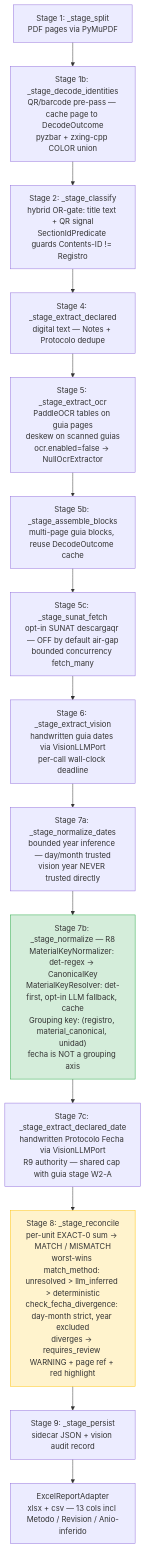
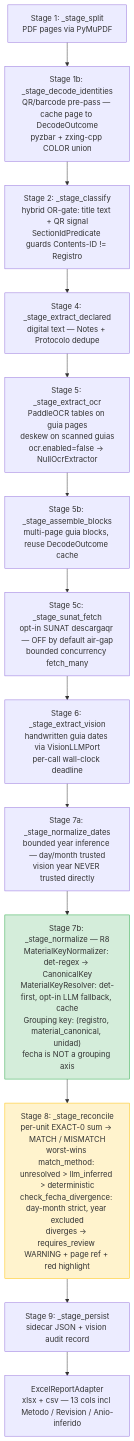
Before and after one commit to kozz36/ctr-rosales-qc: the second of 2 diagrams in docs/ARCHITECTURE.md, drawn with Mermaid. The commit also changed other lines of this file and 6 other files, not shown here.

Commit message:
docs(review): JD R2 — purge deleted-stage drift from ARCHITECTURE + promoted specs

````diff
--- a/docs/ARCHITECTURE.md
+++ b/docs/ARCHITECTURE.md
@@ -95,22 +95,21 @@
 ```mermaid
 flowchart TD
     A[Stage 1: _stage_split\nPDF pages via PyMuPDF] --> B
     B[Stage 1b: _stage_decode_identities\nQR/barcode pre-pass — cache page to DecodeOutcome\npyzbar + zxing-cpp COLOR union] --> C
     C[Stage 2: _stage_classify\nhybrid OR-gate: title text + QR signal\nSectionIdPredicate guards Contents-ID != Registro] --> D
     D[Stage 4: _stage_extract_declared\ndigital text — Notes + Protocolo dedupe] --> E
     E[Stage 5: _stage_extract_ocr\nPaddleOCR tables on guia pages\ndeskew on scanned guias\nocr.enabled=false -> NullOcrExtractor] --> F
     F[Stage 5b: _stage_assemble_blocks\nmulti-page guia blocks, reuse DecodeOutcome cache] --> G
     G[Stage 5c: _stage_sunat_fetch\nopt-in SUNAT descargaqr — OFF by default air-gap\nbounded concurrency fetch_many] --> H
     H[Stage 6: _stage_extract_vision\nhandwritten guia dates via VisionLLMPort\nper-call wall-clock deadline] --> I
     I[Stage 7a: _stage_normalize_dates\nbounded year inference — day/month trusted\nvision year NEVER trusted directly] --> J
-    J["Stage 7b: _stage_normalize — R8\nMaterialKeyNormalizer: det-regex -> CanonicalKey\nMaterialKeyResolver: det-first, opt-in LLM fallback, cache\nGrouping key: (registro, material_canonical, unidad)\nfecha is NOT a grouping axis"] --> K
+    J["Stage 7b: _stage_normalize — R8\nMaterialKeyNormalizer: det-regex -> CanonicalKey\nMaterialKeyResolver: det-first, opt-in LLM fallback, cache\nGrouping key: (registro, material_canonical, unidad)\nfecha is NOT a grouping axis"] --> L
 
-    K[Stage 7c: _stage_extract_declared_date\nhandwritten Protocolo Fecha via VisionLLMPort\nR9 authority — shared cap with guia stage W2-A] --> L
     L["Stage 8: _stage_reconcile\nper-unit EXACT-0 sum -> MATCH / MISMATCH\nworst-wins match_method: unresolved > llm_inferred > deterministic\ncheck_fecha_divergence: day-month strict, year excluded\ndiverges -> requires_review WARNING + page ref + red highlight"] --> M
 
     M[Stage 9: _stage_persist\nsidecar JSON + vision audit record] --> N
     N[ExcelReportAdapter\nxlsx + csv — 13 cols incl Metodo / Revision / Anio-inferido]
 
     style J fill:#d4edda,stroke:#28a745
     style L fill:#fff3cd,stroke:#ffc107
 ```
````
